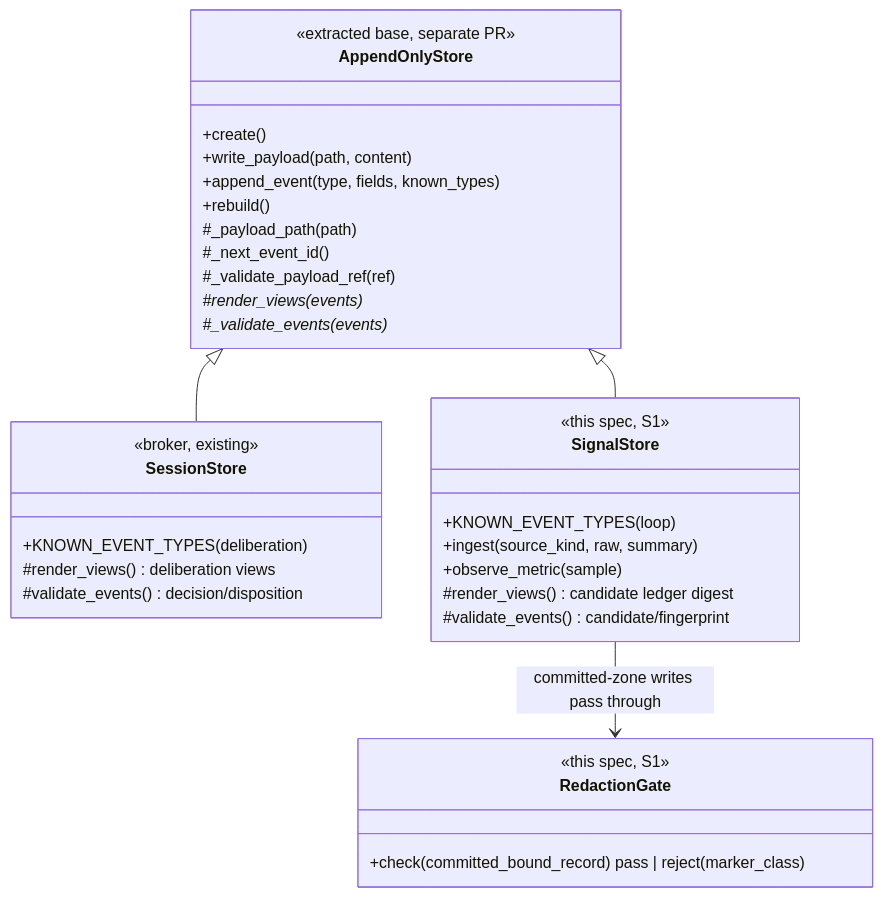
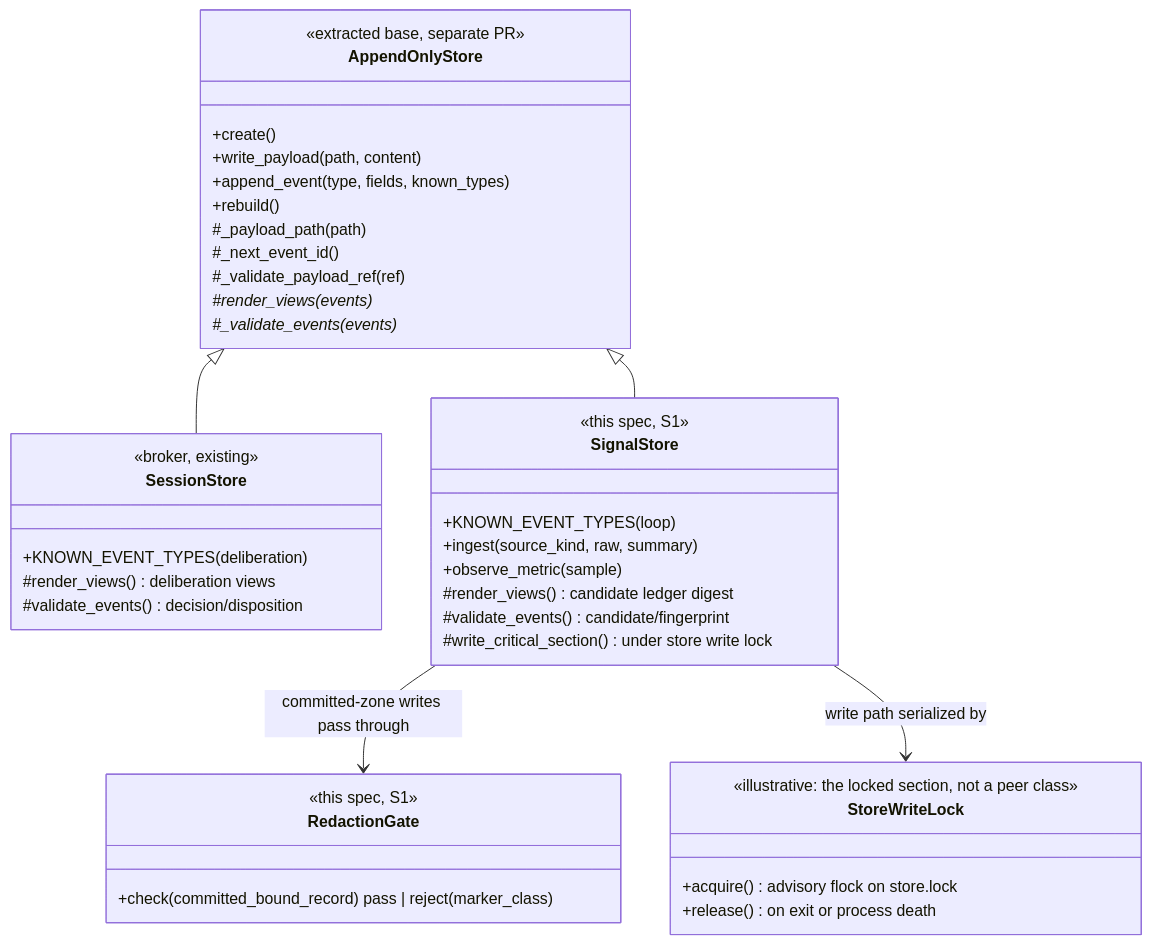
Before and after one commit to bmransom/foundry: the second of 3 diagrams in roadmap/specs/loop-signal-store/design.md, drawn with Mermaid. The commit also changed other lines of this file and 3 other files, not shown here.

First line of the commit message:
docs(loop-signal-store): add advisory-lock concurrency model

````diff
--- a/roadmap/specs/loop-signal-store/design.md
+++ b/roadmap/specs/loop-signal-store/design.md
@@ -123,36 +132,43 @@
 ```mermaid
 classDiagram
     class AppendOnlyStore {
         <<extracted base, separate PR>>
         +create()
         +write_payload(path, content)
         +append_event(type, fields, known_types)
         +rebuild()
         #_payload_path(path)
         #_next_event_id()
         #_validate_payload_ref(ref)
         #render_views(events)*
         #_validate_events(events)*
     }
     class SessionStore {
         <<broker, existing>>
         +KNOWN_EVENT_TYPES (deliberation)
         #render_views() deliberation views
         #validate_events() decision/disposition
     }
     class SignalStore {
         <<this spec, S1>>
         +KNOWN_EVENT_TYPES (loop)
         +ingest(source_kind, raw, summary)
         +observe_metric(sample)
         #render_views() candidate ledger digest
         #validate_events() candidate/fingerprint
+        #write_critical_section() under store write lock
     }
     AppendOnlyStore <|-- SessionStore
     AppendOnlyStore <|-- SignalStore
     SignalStore --> RedactionGate : committed-zone writes pass through
+    SignalStore --> StoreWriteLock : write path serialized by
     class RedactionGate {
         <<this spec, S1>>
         +check(committed_bound_record) pass | reject(marker_class)
     }
+    class StoreWriteLock {
+        <<illustrative: the locked section, not a peer class>>
+        +acquire() advisory flock on store.lock
+        +release() on exit or process death
+    }
 ```
````
